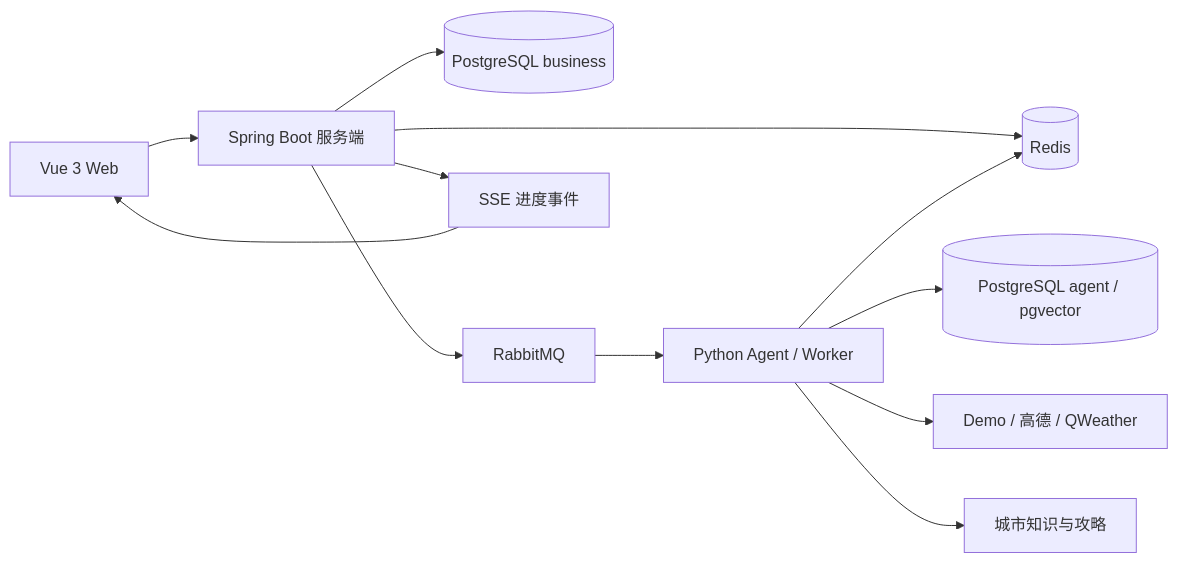
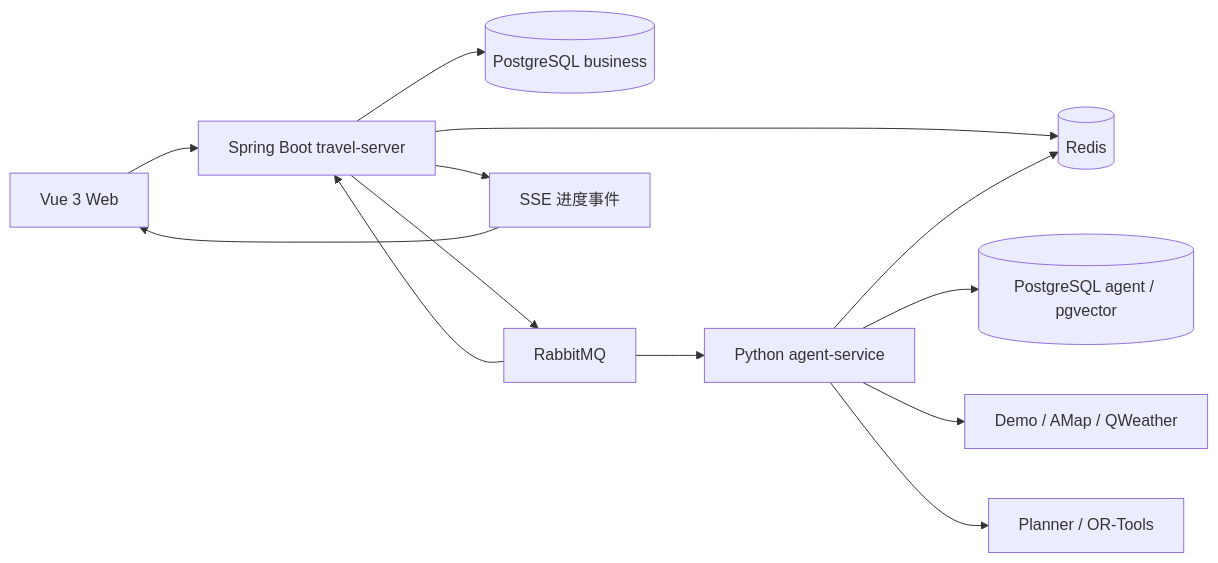
The diagram in README.md (tobehardoo/trip-pilot-agent), drawn with Mermaid before and after one commit. The commit also changed other lines of this file and 57 other files, not shown here.

First line of the commit message:
docs: rewrite README, converge release docs, roadmap and acceptance evidence

````diff
--- a/README.md
+++ b/README.md
@@ -26,14 +27,15 @@
 ```mermaid
 flowchart LR
-    Browser["Vue 3 Web"] --> Server["Spring Boot 服务端"]
-    Server --> BusinessDB[("PostgreSQL business")]
-    Server --> Cache[("Redis")]
-    Server --> Queue["RabbitMQ"]
-    Server --> Events["SSE 进度事件"]
-    Queue --> Agent["Python Agent / Worker"]
+    Browser["Vue 3 Web"] --> API["Spring Boot travel-server"]
+    API --> BizDB[("PostgreSQL business")]
+    API --> Cache[("Redis")]
+    API --> Queue["RabbitMQ"]
+    API --> SSE["SSE 进度事件"]
+    Queue --> Agent["Python agent-service"]
     Agent --> AgentDB[("PostgreSQL agent / pgvector")]
     Agent --> Cache
-    Agent --> Provider["Demo / 高德 / QWeather"]
-    Agent --> Knowledge["城市知识与攻略"]
-    Events --> Browser
+    Agent --> Provider["Demo / AMap / QWeather"]
+    Agent --> Planner["Planner / OR-Tools"]
+    Queue --> API
+    SSE --> Browser
 ```
````
